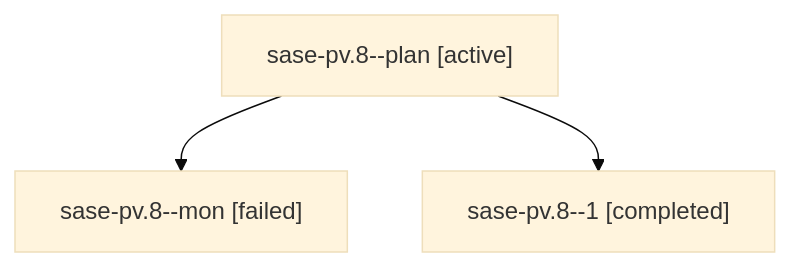
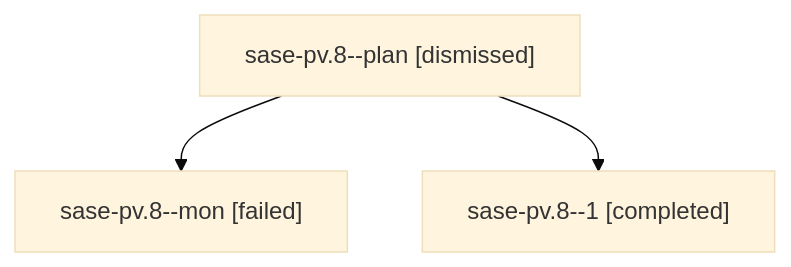
The diagram in sessions/bbugyi200.athena.sase-pv.8.md (sase-org/sase--agents), drawn with Mermaid (base theme) before and after one commit. The commit also changed other lines of this file and 133 other files, not shown here.

````diff
--- a/sessions/bbugyi200.athena.sase-pv.8.md
+++ b/sessions/bbugyi200.athena.sase-pv.8.md
@@ -9,8 +9,8 @@
 ```mermaid
 flowchart TD
-  n0["sase-pv.8--plan [active]"]
+  n0["sase-pv.8--plan [dismissed]"]
   n1["sase-pv.8--mon [failed]"]
   n0 --> n1
   n2["sase-pv.8--1 [completed]"]
   n0 --> n2
 ```
````
